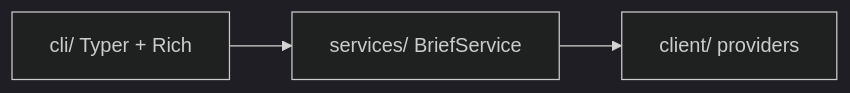
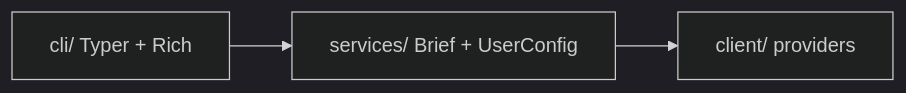
One commit to Kultrol/mydash changed the diagram in README.md. Above: the diagram before and after it, drawn with Mermaid (dark theme). The commit also changed other lines of this file and 2 other files, not shown here.

First line of the commit message:
Document user config, set command, and Unreleased changelog notes.

````diff
--- a/README.md
+++ b/README.md
@@ -151,7 +172,7 @@
 ```mermaid
 flowchart LR
     CLI["cli/ Typer + Rich"]
-    SVC["services/ BriefService"]
+    SVC["services/ Brief + UserConfig"]
     DATA["client/ providers"]
     CLI --> SVC --> DATA
 ```
````
